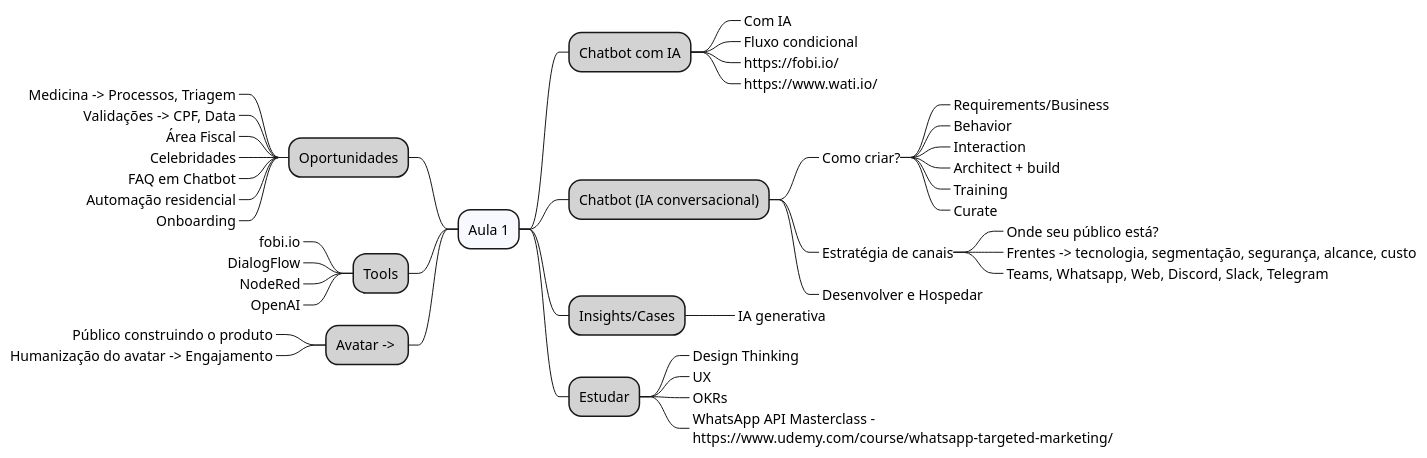
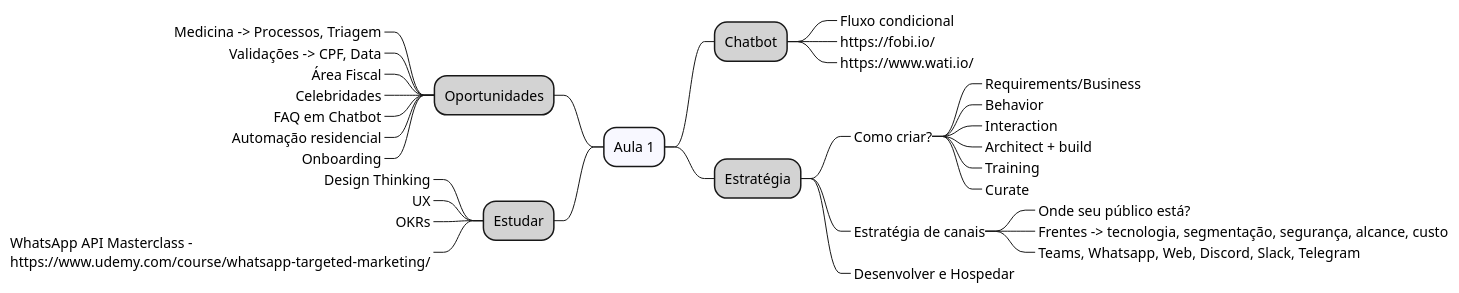
Before and after one commit to acnaweb/chatbot: the diagram in docs/src/aula1.wsd, drawn with PlantUML.

```diff
--- a/docs/src/aula1.wsd
+++ b/docs/src/aula1.wsd
@@ -1,67 +1,50 @@
 @startmindmap
 
 *[#F8F8FF] Aula 1
 
-**[#LightGray] Chatbot com IA
+**[#LightGray] Chatbot
 
-***_ Com IA
 ***_ Fluxo condicional
 ***_ https://fobi.io/
 ***_ https://www.wati.io/
 
-**[#LightGray] Chatbot (IA conversacional)
+**[#LightGray] Estratégia
 
 ***_ Como criar?
 
 ****_ Requirements/Business
 ****_ Behavior
 ****_ Interaction
 ****_ Architect + build
 ****_ Training
 ****_ Curate
 
 ***_ Estratégia de canais
 
 ****_ Onde seu público está? 
 ****_ Frentes -> tecnologia, segmentação, segurança, alcance, custo
 ****_ Teams, Whatsapp, Web, Discord, Slack, Telegram
 
 ***_ Desenvolver e Hospedar 
 
-**[#LightGray] Insights/Cases
-
-***_ IA generativa
-
-**[#LightGray] Estudar
-
-***_ Design Thinking
-***_ UX
-***_ OKRs
-***_ WhatsApp API Masterclass -\nhttps://www.udemy.com/course/whatsapp-targeted-marketing/
-
-
 left side
 
 **[#LightGray] Oportunidades
 
 ***_ Medicina -> Processos, Triagem
 ***_ Validações -> CPF, Data
 ***_ Área Fiscal
 ***_ Celebridades
 ***_ FAQ em Chatbot
 ***_ Automação residencial
 ***_ Onboarding
 
-**[#LightGray] Tools
+**[#LightGray] Estudar
 
-***_ fobi.io
-***_ DialogFlow
-***_ NodeRed
-***_ OpenAI
+***_ Design Thinking
+***_ UX
+***_ OKRs
+***_ WhatsApp API Masterclass -\nhttps://www.udemy.com/course/whatsapp-targeted-marketing/
 
-**[#LightGray] Avatar -> 
-
-***_ Público construindo o produto
-***_ Humanização do avatar -> Engajamento
 
 @endmindmap
```
